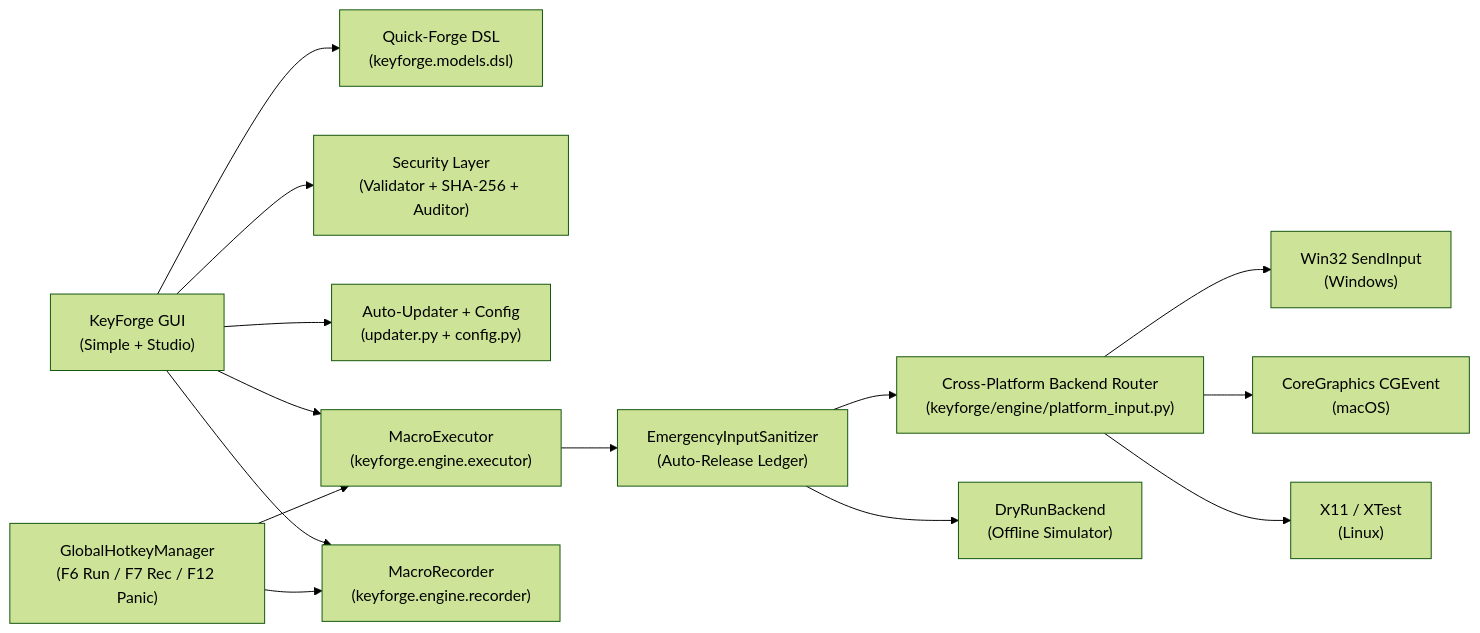
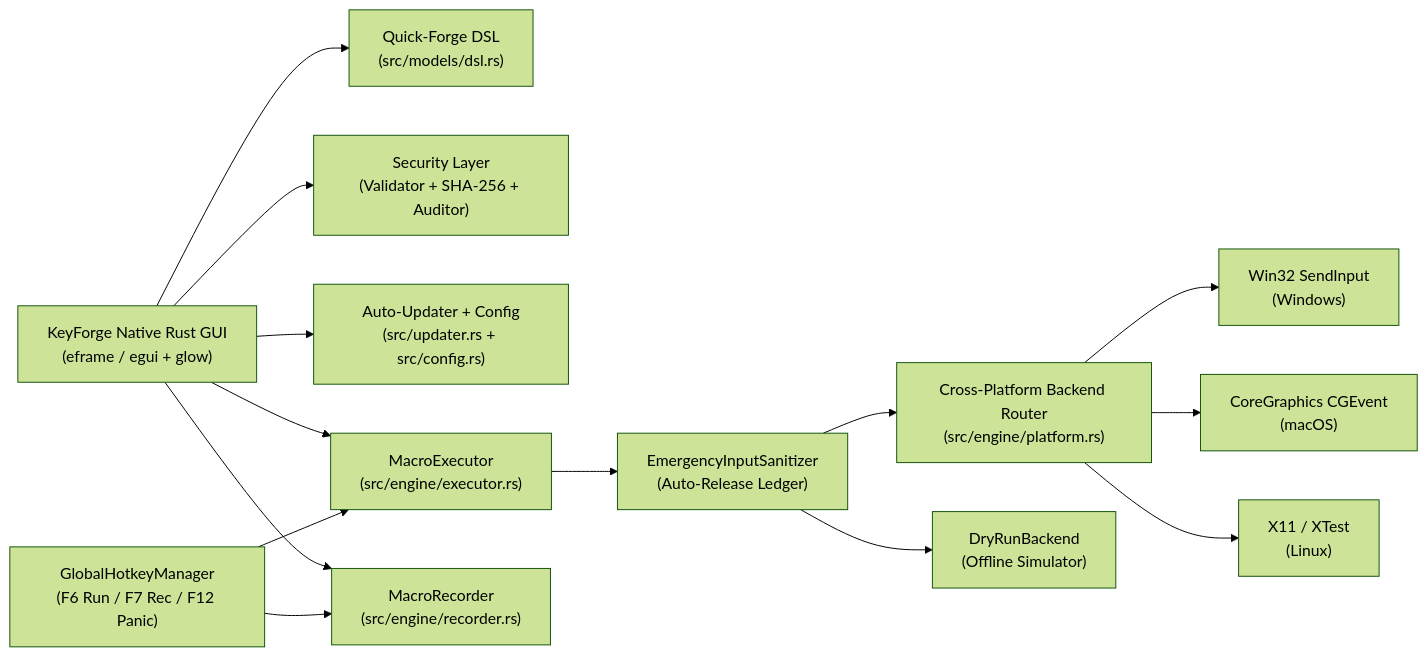
Before and after one commit to efeartn/KeyForge: the diagram in README.md, drawn with Mermaid (forest theme). The commit also changed other lines of this file and 79 other files, not shown here.

Commit message:
Migrate KeyForge completely to pure native Rust (v2.0.0)

````diff
--- a/README.md
+++ b/README.md
@@ -238,16 +238,16 @@
 ```mermaid
 flowchart LR
-    UI["KeyForge GUI<br/>(Simple + Studio)"] --> DSL["Quick-Forge DSL<br/>(keyforge.models.dsl)"]
+    UI["KeyForge Native Rust GUI<br/>(eframe / egui + glow)"] --> DSL["Quick-Forge DSL<br/>(src/models/dsl.rs)"]
     UI --> SEC["Security Layer<br/>(Validator + SHA-256 + Auditor)"]
-    UI --> UPD["Auto-Updater + Config<br/>(updater.py + config.py)"]
-    UI --> EXEC["MacroExecutor<br/>(keyforge.engine.executor)"]
-    UI --> REC["MacroRecorder<br/>(keyforge.engine.recorder)"]
+    UI --> UPD["Auto-Updater + Config<br/>(src/updater.rs + src/config.rs)"]
+    UI --> EXEC["MacroExecutor<br/>(src/engine/executor.rs)"]
+    UI --> REC["MacroRecorder<br/>(src/engine/recorder.rs)"]
     HK["GlobalHotkeyManager<br/>(F6 Run / F7 Rec / F12 Panic)"] --> EXEC
     HK --> REC
     EXEC --> SAN["EmergencyInputSanitizer<br/>(Auto-Release Ledger)"]
-    SAN --> PLAT["Cross-Platform Backend Router<br/>(keyforge/engine/platform_input.py)"]
+    SAN --> PLAT["Cross-Platform Backend Router<br/>(src/engine/platform.rs)"]
     PLAT --> WIN32["Win32 SendInput<br/>(Windows)"]
     PLAT --> MAC["CoreGraphics CGEvent<br/>(macOS)"]
     PLAT --> X11["X11 / XTest<br/>(Linux)"]
     SAN --> DRY["DryRunBackend<br/>(Offline Simulator)"]
 ```
````
